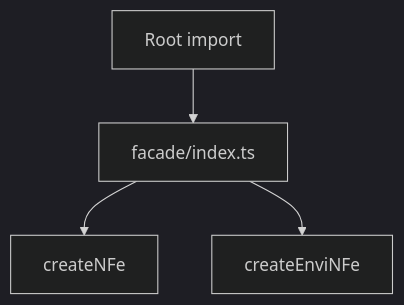
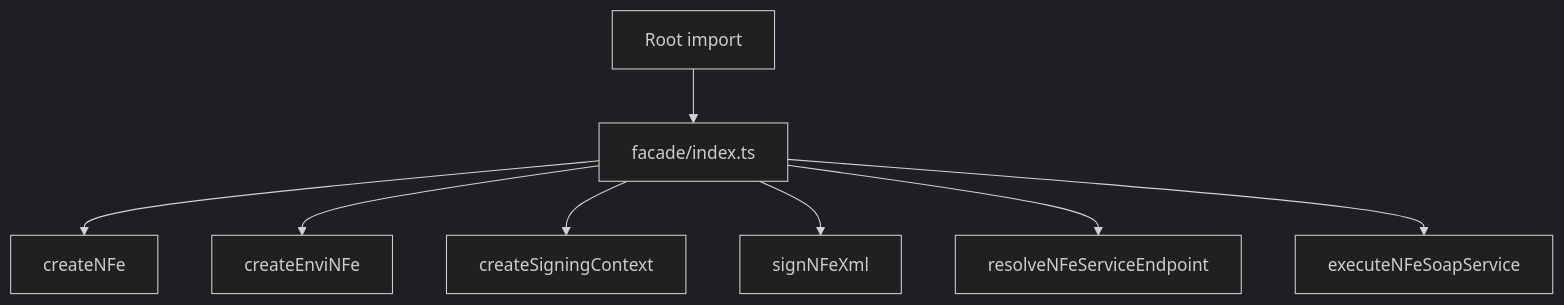
Before and after one commit to linkiez/nfe_sdk: the diagram in src/canonical/facade/index.doc.md, drawn with Mermaid (dark theme). The commit also changed other lines of this file and 143 other files, not shown here.

````diff
--- a/src/canonical/facade/index.doc.md
+++ b/src/canonical/facade/index.doc.md
@@ -19,6 +21,10 @@
 ```mermaid
 flowchart TD
   A[Root import] --> B[facade/index.ts]
   B --> C[createNFe]
   B --> D[createEnviNFe]
+  B --> E[createSigningContext]
+  B --> F[signNFeXml]
+  B --> G[resolveNFeServiceEndpoint]
+  B --> H[executeNFeSoapService]
 ```
````
